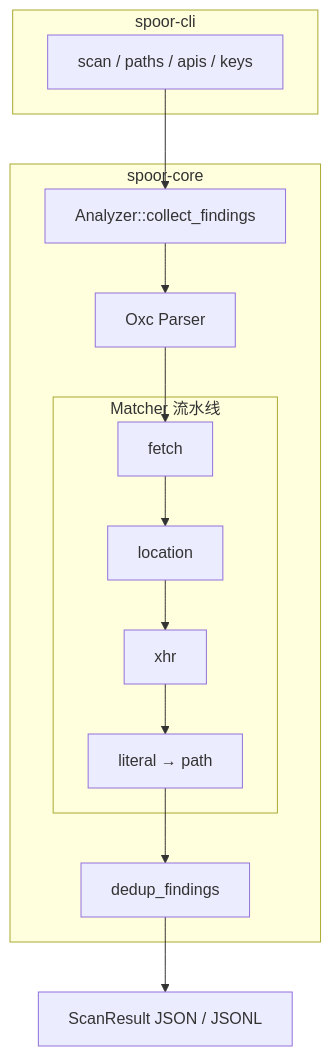
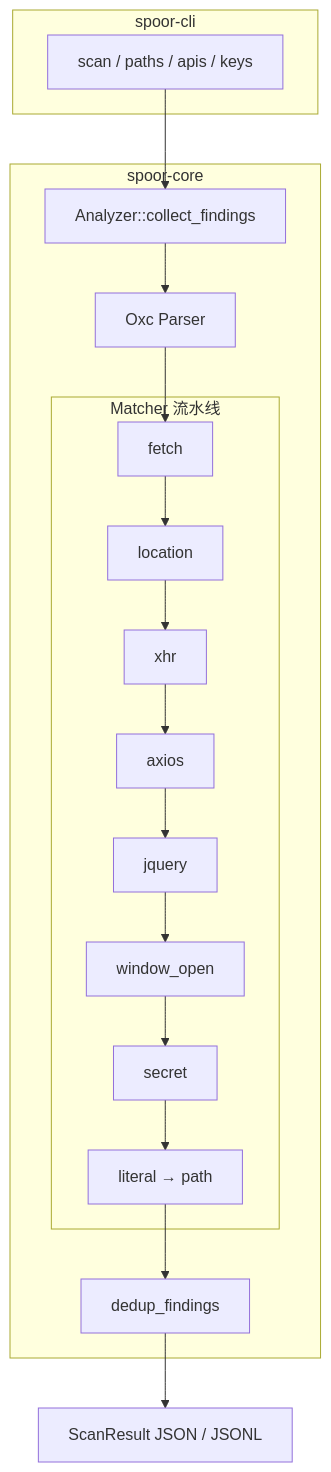
One commit to P0m32Kun/Spoor changed the diagram in docs/DEVELOPMENT.md. Above: the diagram before and after it, drawn with Mermaid. The commit also changed other lines of this file and 21 other files, not shown here.

````diff
--- a/docs/DEVELOPMENT.md
+++ b/docs/DEVELOPMENT.md
@@ -123,24 +123,28 @@
 ```mermaid
 flowchart TB
     subgraph CLI["spoor-cli"]
         scan[scan / paths / apis / keys]
     end
 
     subgraph Core["spoor-core"]
         A[Analyzer::collect_findings]
         P[Oxc Parser]
         D[dedup_findings]
 
         subgraph Matchers["Matcher 流水线"]
             F[fetch]
             L[location]
             X[xhr]
+            Ax[axios]
+            Jq[jquery]
+            Wo[window_open]
+            S[secret]
             Lit[literal → path]
         end
     end
 
     scan --> A
     A --> P
-    P --> F --> L --> X --> Lit --> D
+    P --> F --> L --> X --> Ax --> Jq --> Wo --> S --> Lit --> D
     D --> JSON["ScanResult JSON / JSONL"]
 ```
````
